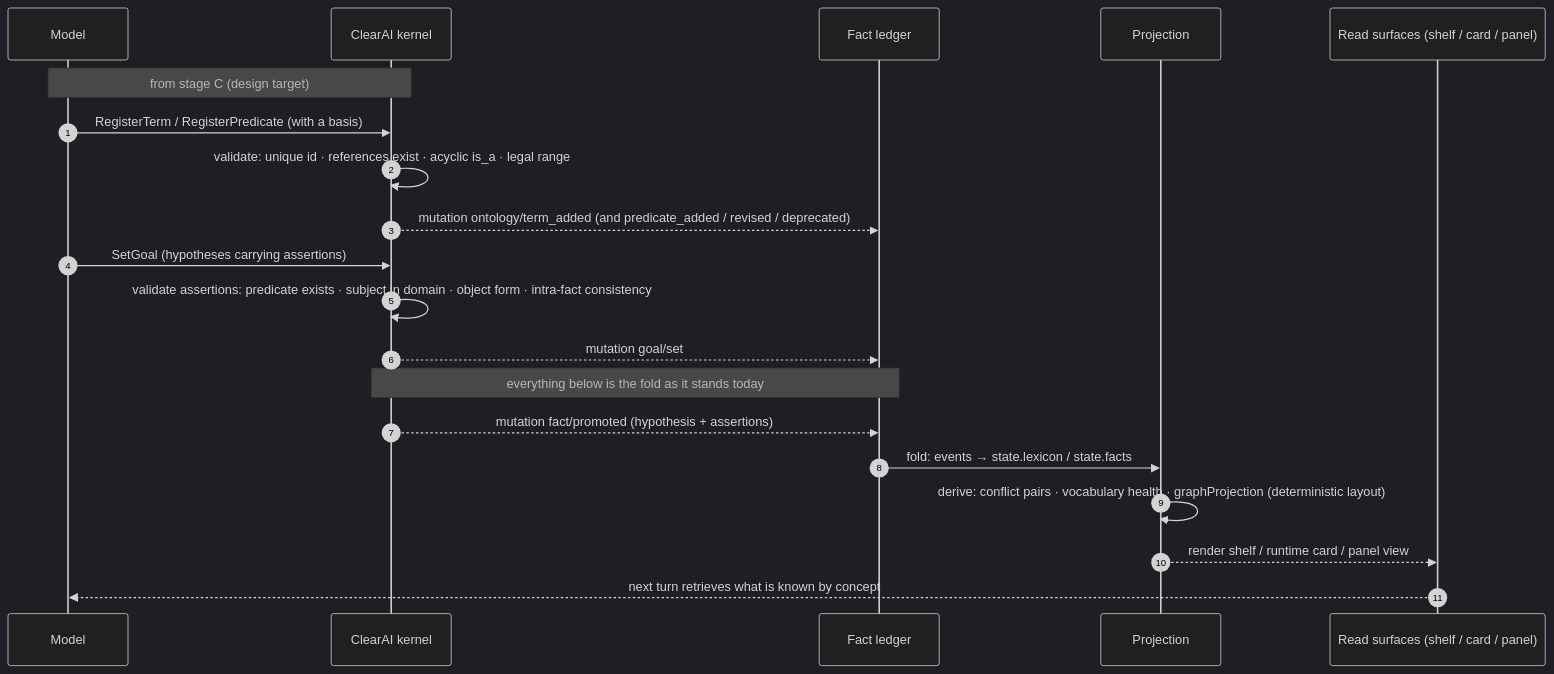
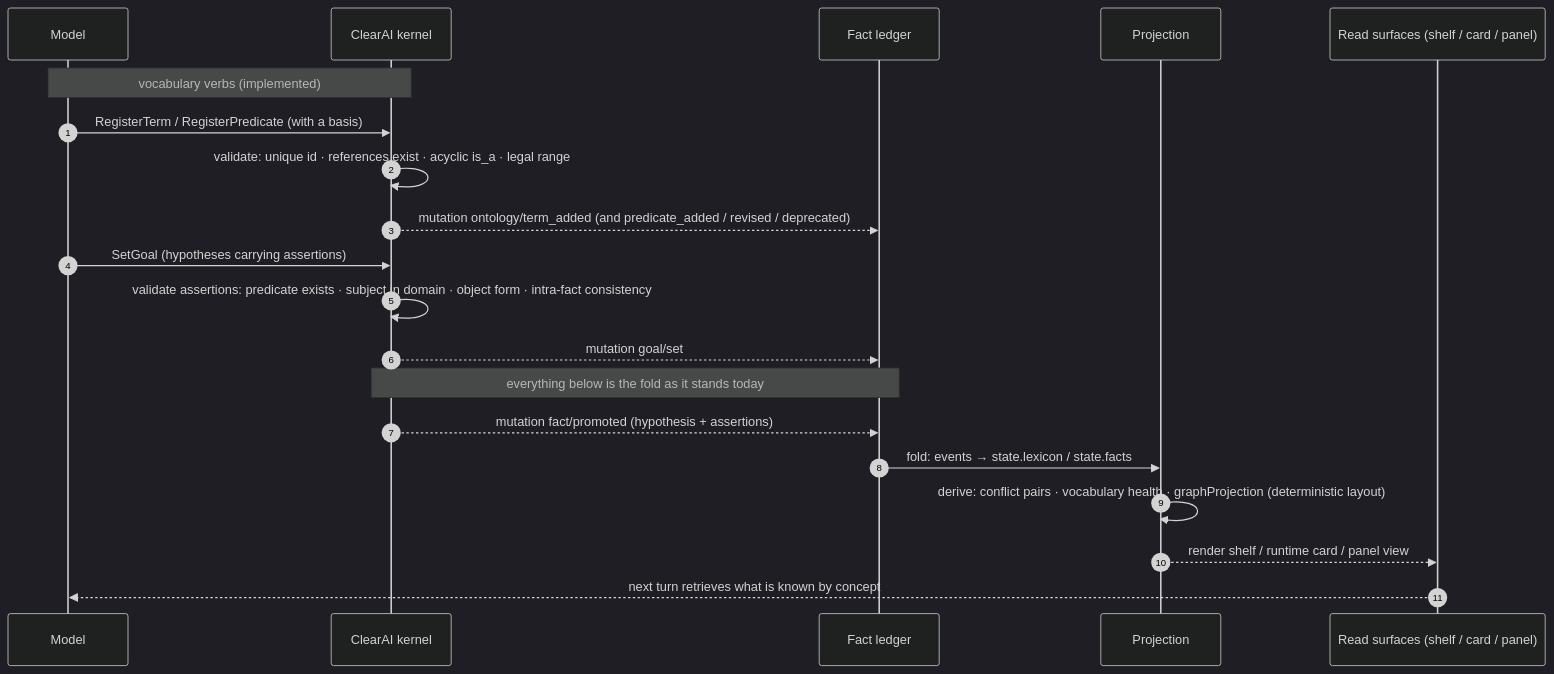
Before and after one commit to Clearailhc/clearai-dsh: the sixth of 7 diagrams in docs/optimization/timing-diagrams.md, drawn with Mermaid (dark theme). The commit also changed other lines of this file and 28 other files, not shown here.

````diff
--- a/docs/optimization/timing-diagrams.md
+++ b/docs/optimization/timing-diagrams.md
@@ -244,23 +244,23 @@
 ```mermaid
 sequenceDiagram
     autonumber
     participant M as Model
     participant K as ClearAI kernel
     participant L as Fact ledger
     participant P as Projection
     participant G as Read surfaces (shelf / card / panel)
 
-    Note over M,K: from stage C (design target)
+    Note over M,K: vocabulary verbs (implemented)
     M->>K: RegisterTerm / RegisterPredicate (with a basis)
     K->>K: validate: unique id · references exist · acyclic is_a · legal range
     K-->>L: mutation ontology/term_added (and predicate_added / revised / deprecated)
     M->>K: SetGoal (hypotheses carrying assertions)
     K->>K: validate assertions: predicate exists · subject in domain · object form · intra-fact consistency
     K-->>L: mutation goal/set
     Note over K,L: everything below is the fold as it stands today
     K-->>L: mutation fact/promoted (hypothesis + assertions)
     L->>P: fold: events → state.lexicon / state.facts
     P->>P: derive: conflict pairs · vocabulary health · graphProjection (deterministic layout)
     P-->>G: render shelf / runtime card / panel view
     G-->>M: next turn retrieves what is known by concept
 ```
````
